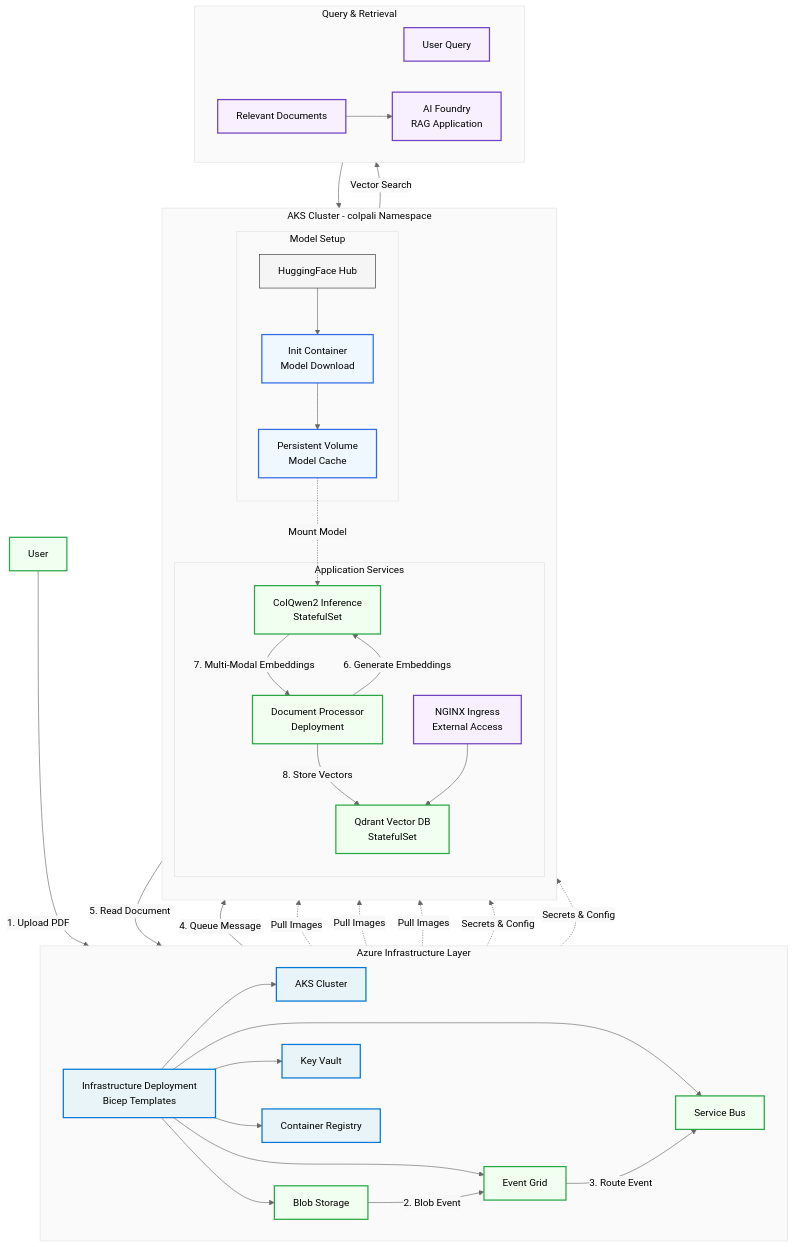
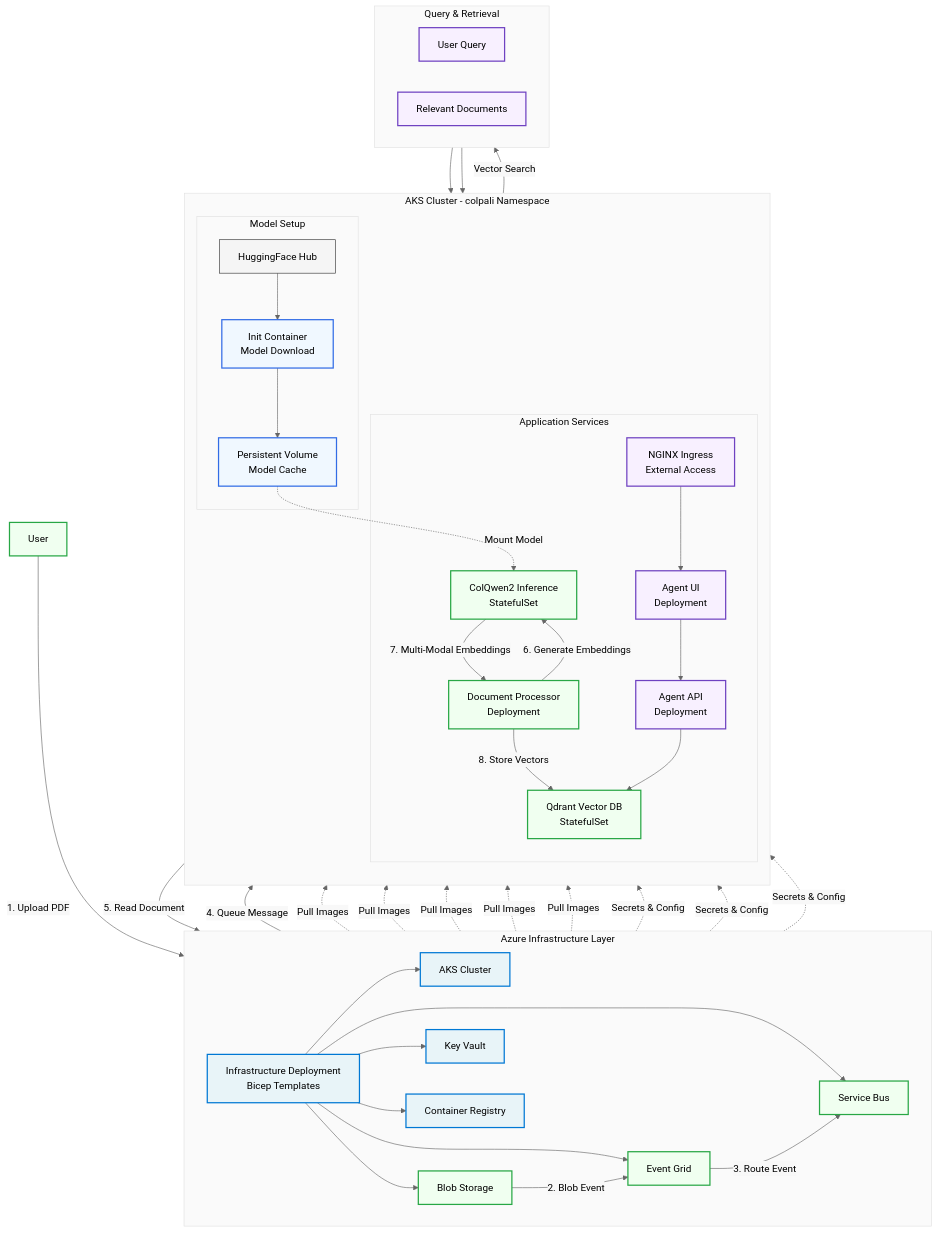
One commit to microsoft/multi-modal-rag-with-colpali changed the diagram in README.md. Above: the diagram before and after it, drawn with Mermaid. The commit also changed other lines of this file and 88 other files, not shown here.

````diff
--- a/README.md
+++ b/README.md
@@ -111,6 +111,8 @@
             COLQWEN[ColQwen2 Inference<br/>StatefulSet]
             DOCPROC[Document Processor<br/>Deployment]
             QDRANT[Qdrant Vector DB<br/>StatefulSet]
+            AGENT_API[Agent API<br/>Deployment]
+            AGENT_UI[Agent UI<br/>Deployment]
             INGRESS[NGINX Ingress<br/>External Access]
         end
 
@@ -130,17 +132,22 @@
     subgraph QUERY_LAYER ["Query & Retrieval"]
         direction LR
         QUERY[User Query] --> INGRESS
-        INGRESS --> QDRANT
+        INGRESS --> AGENT_UI
+        AGENT_UI --> AGENT_API
+        AGENT_API --> QDRANT
         QDRANT -->|Vector Search| RESULTS[Relevant Documents]
-        RESULTS --> RAG[AI Foundry<br/>RAG Application]
+        RESULTS --> AGENT_API
     end
 
     %% Infrastructure connections
     ACR -.->|Pull Images| COLQWEN
     ACR -.->|Pull Images| DOCPROC
     ACR -.->|Pull Images| QDRANT
+    ACR -.->|Pull Images| AGENT_API
+    ACR -.->|Pull Images| AGENT_UI
     KV -.->|Secrets & Config| DOCPROC
     KV -.->|Secrets & Config| COLQWEN
+    KV -.->|Secrets & Config| AGENT_API
 
     %% Node Styling
     classDef azure fill:#e8f4f8,stroke:#0078d4,stroke-width:2px
@@ -149,7 +156,7 @@
     classDef query fill:#f8f0ff,stroke:#6f42c1,stroke-width:2px
 
     class INFRA,AKS,STORAGE,EG,SB,KV,ACR azure
-    class INIT,PVC,COLQWEN,DOCPROC,QDRANT,INGRESS k8s
+    class INIT,PVC,COLQWEN,DOCPROC,QDRANT,AGENT_API,AGENT_UI,INGRESS k8s
     class USER,STORAGE,EG,SB,DOCPROC,COLQWEN,QDRANT flow
-    class QUERY,INGRESS,RESULTS,RAG query
+    class QUERY,INGRESS,AGENT_UI,AGENT_API,RESULTS query
 ```
````
